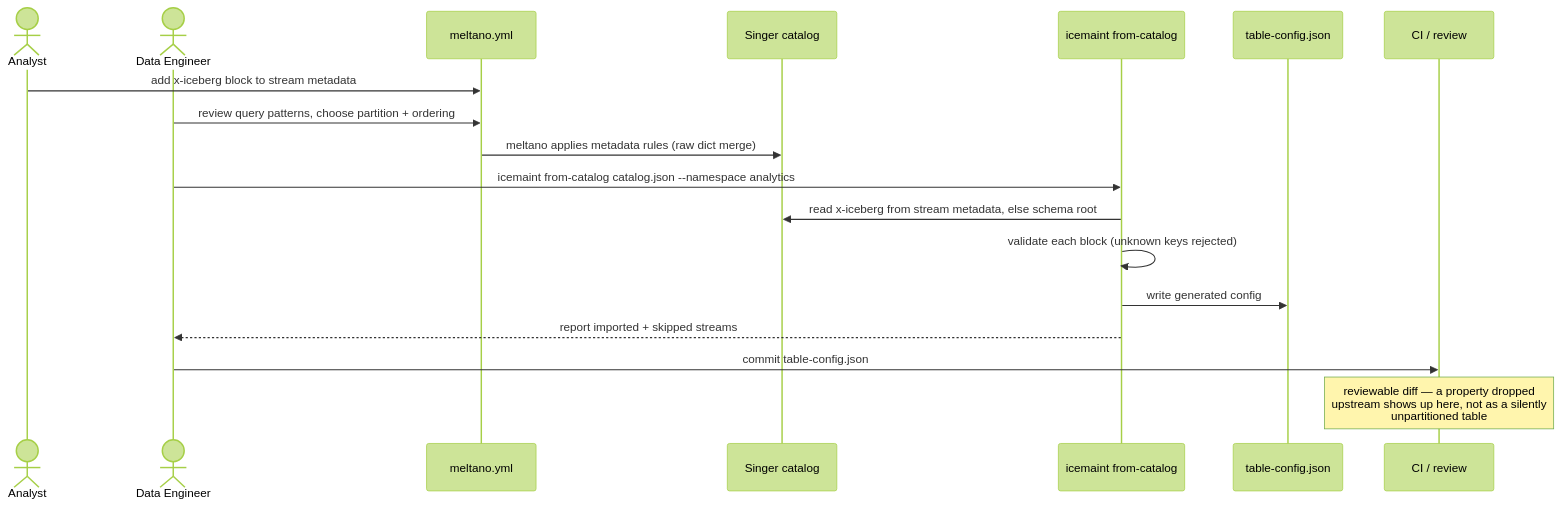
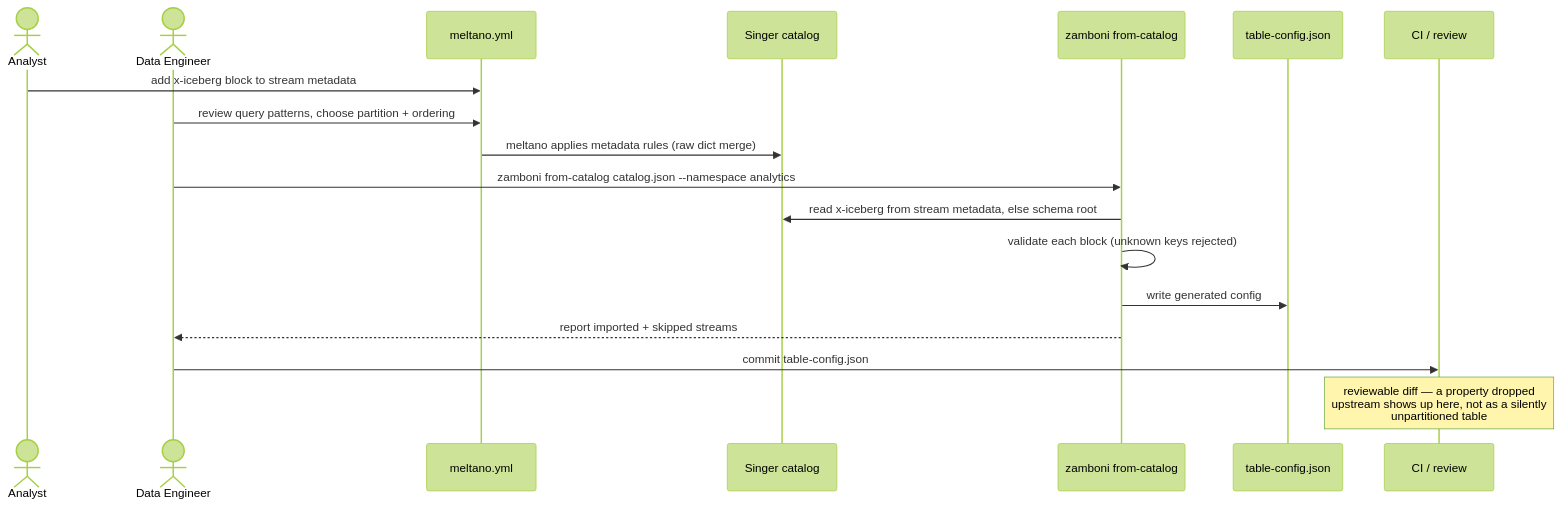
Before and after one commit to paulcaron16k/Zamboni: the third of 7 diagrams in docs/design.md, drawn with Mermaid (forest theme). The commit also changed other lines of this file and 61 other files, not shown here.

First line of the commit message:
Rename the package icemaint -> zamboni

````diff
--- a/docs/design.md
+++ b/docs/design.md
@@ -326,21 +326,21 @@
 ```mermaid
 sequenceDiagram
     actor An as Analyst
     actor DE as Data Engineer
     participant MY as meltano.yml
     participant CAT as Singer catalog
-    participant IM as icemaint from-catalog
+    participant IM as zamboni from-catalog
     participant TCJ as table-config.json
     participant CI as CI / review
 
     An->>MY: add x-iceberg block to stream metadata
     DE->>MY: review query patterns, choose partition + ordering
     MY->>CAT: meltano applies metadata rules (raw dict merge)
-    DE->>IM: icemaint from-catalog catalog.json --namespace analytics
+    DE->>IM: zamboni from-catalog catalog.json --namespace analytics
     IM->>CAT: read x-iceberg from stream metadata, else schema root
     IM->>IM: validate each block (unknown keys rejected)
     IM->>TCJ: write generated config
     IM-->>DE: report imported + skipped streams
     DE->>CI: commit table-config.json
     Note over CI: reviewable diff — a property dropped<br/>upstream shows up here, not as a silently<br/>unpartitioned table
 ```
````
